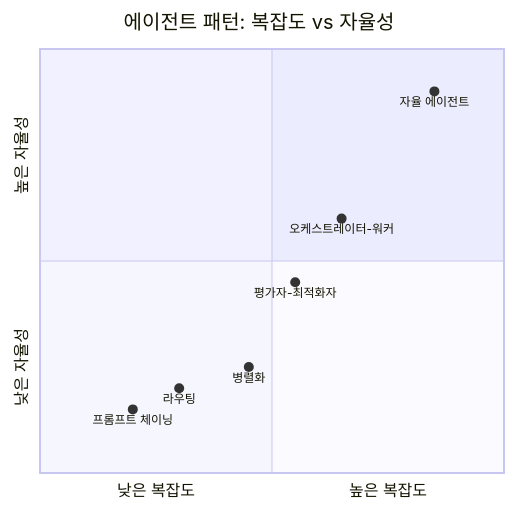
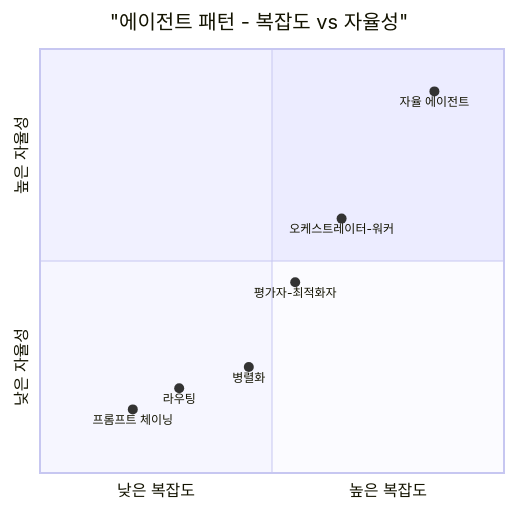
The second of 2 diagrams in docs/effective-agents/README.md (kimchanhyung98/agentic-workflows), drawn with Mermaid before and after one commit. The commit also changed 5 other files, not shown here.

````diff
--- a/docs/effective-agents/README.md
+++ b/docs/effective-agents/README.md
@@ -64,13 +64,13 @@
 ```mermaid
 quadrantChart
-    title 에이전트 패턴: 복잡도 vs 자율성
-    x-axis 낮은 복잡도 --> 높은 복잡도
-    y-axis 낮은 자율성 --> 높은 자율성
+    title "에이전트 패턴 - 복잡도 vs 자율성"
+    x-axis "낮은 복잡도" --> "높은 복잡도"
+    y-axis "낮은 자율성" --> "높은 자율성"
 
-    프롬프트 체이닝: [0.2, 0.15]
-    라우팅: [0.3, 0.2]
-    병렬화: [0.45, 0.25]
-    오케스트레이터-워커: [0.65, 0.6]
-    평가자-최적화자: [0.55, 0.45]
-    자율 에이전트: [0.85, 0.9]
+    "프롬프트 체이닝": [0.2, 0.15]
+    "라우팅": [0.3, 0.2]
+    "병렬화": [0.45, 0.25]
+    "오케스트레이터-워커": [0.65, 0.6]
+    "평가자-최적화자": [0.55, 0.45]
+    "자율 에이전트": [0.85, 0.9]
 ```
````
